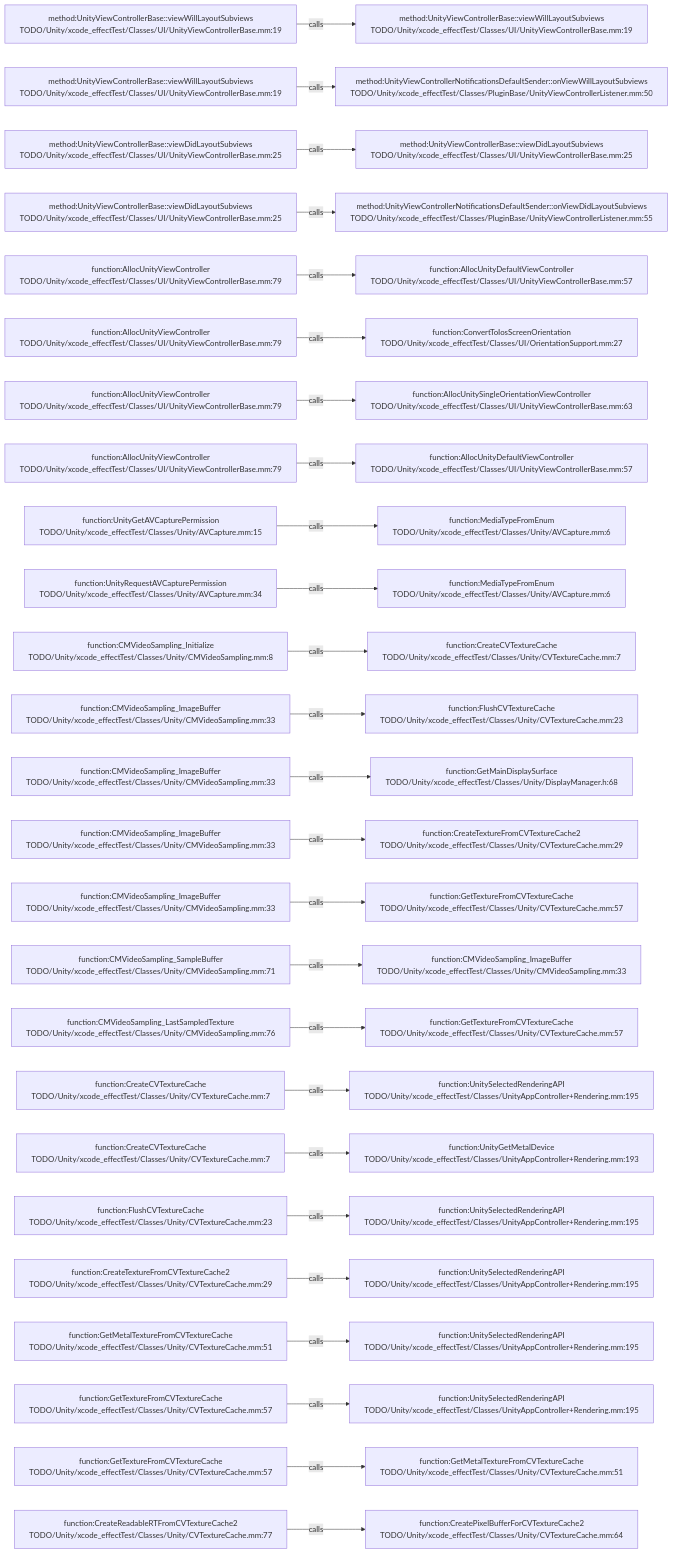
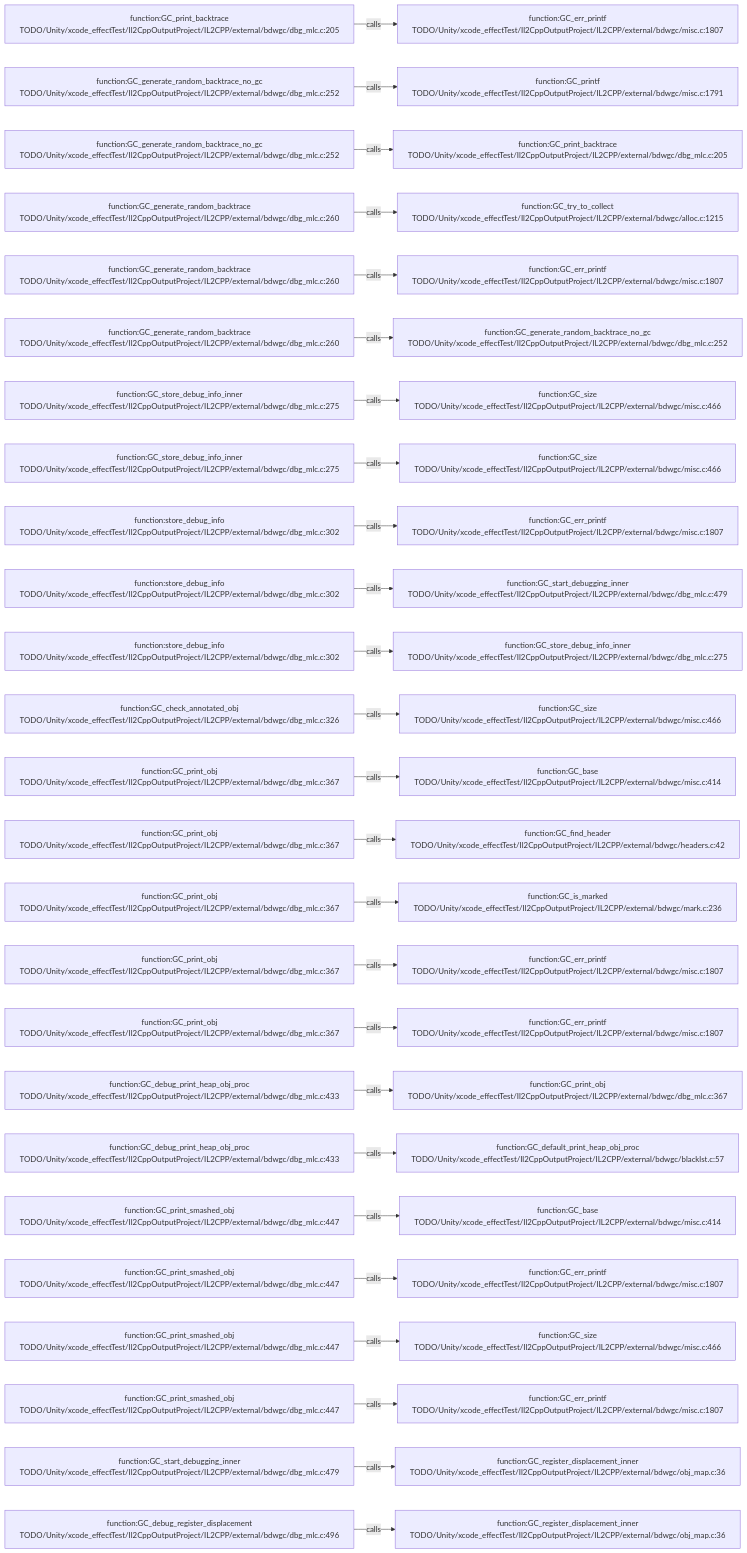
One commit to JobsKits/JobsSwiftBaseConfigDemo changed the diagram in .codegraph/codegraph.md/graphs/calls-099.md. Above: the diagram before and after it, drawn with Mermaid. The commit also changed 227 other files, not shown here.

````diff
--- a/.codegraph/codegraph.md/graphs/calls-099.md
+++ b/.codegraph/codegraph.md/graphs/calls-099.md
@@ -13,78 +13,78 @@
 ```mermaid
 flowchart LR
-  S1["method:UnityViewControllerBase::viewWillLayoutSubviews<br/>TODO/Unity/xcode_effectTest/Classes/UI/UnityViewControllerBase.mm:19"]
-  T1["method:UnityViewControllerBase::viewWillLayoutSubviews<br/>TODO/Unity/xcode_effectTest/Classes/UI/UnityViewControllerBase.mm:19"]
+  S1["function:GC_print_backtrace<br/>TODO/Unity/xcode_effectTest/Il2CppOutputProject/IL2CPP/external/bdwgc/dbg_mlc.c:205"]
+  T1["function:GC_err_printf<br/>TODO/Unity/xcode_effectTest/Il2CppOutputProject/IL2CPP/external/bdwgc/misc.c:1807"]
   S1 -->|calls| T1
-  S2["method:UnityViewControllerBase::viewWillLayoutSubviews<br/>TODO/Unity/xcode_effectTest/Classes/UI/UnityViewControllerBase.mm:19"]
-  T2["method:UnityViewControllerNotificationsDefaultSender::onViewWillLayoutSubviews<br/>TODO/Unity/xcode_effectTest/Classes/PluginBase/UnityViewControllerListener.mm:50"]
+  S2["function:GC_generate_random_backtrace_no_gc<br/>TODO/Unity/xcode_effectTest/Il2CppOutputProject/IL2CPP/external/bdwgc/dbg_mlc.c:252"]
+  T2["function:GC_printf<br/>TODO/Unity/xcode_effectTest/Il2CppOutputProject/IL2CPP/external/bdwgc/misc.c:1791"]
   S2 -->|calls| T2
-  S3["method:UnityViewControllerBase::viewDidLayoutSubviews<br/>TODO/Unity/xcode_effectTest/Classes/UI/UnityViewControllerBase.mm:25"]
-  T3["method:UnityViewControllerBase::viewDidLayoutSubviews<br/>TODO/Unity/xcode_effectTest/Classes/UI/UnityViewControllerBase.mm:25"]
+  S3["function:GC_generate_random_backtrace_no_gc<br/>TODO/Unity/xcode_effectTest/Il2CppOutputProject/IL2CPP/external/bdwgc/dbg_mlc.c:252"]
+  T3["function:GC_print_backtrace<br/>TODO/Unity/xcode_effectTest/Il2CppOutputProject/IL2CPP/external/bdwgc/dbg_mlc.c:205"]
   S3 -->|calls| T3
-  S4["method:UnityViewControllerBase::viewDidLayoutSubviews<br/>TODO/Unity/xcode_effectTest/Classes/UI/UnityViewControllerBase.mm:25"]
-  T4["method:UnityViewControllerNotificationsDefaultSender::onViewDidLayoutSubviews<br/>TODO/Unity/xcode_effectTest/Classes/PluginBase/UnityViewControllerListener.mm:55"]
+  S4["function:GC_generate_random_backtrace<br/>TODO/Unity/xcode_effectTest/Il2CppOutputProject/IL2CPP/external/bdwgc/dbg_mlc.c:260"]
+  T4["function:GC_try_to_collect<br/>TODO/Unity/xcode_effectTest/Il2CppOutputProject/IL2CPP/external/bdwgc/alloc.c:1215"]
   S4 -->|calls| T4
-  S5["function:AllocUnityViewController<br/>TODO/Unity/xcode_effectTest/Classes/UI/UnityViewControllerBase.mm:79"]
-  T5["function:AllocUnityDefaultViewController<br/>TODO/Unity/xcode_effectTest/Classes/UI/UnityViewControllerBase.mm:57"]
+  S5["function:GC_generate_random_backtrace<br/>TODO/Unity/xcode_effectTest/Il2CppOutputProject/IL2CPP/external/bdwgc/dbg_mlc.c:260"]
+  T5["function:GC_err_printf<br/>TODO/Unity/xcode_effectTest/Il2CppOutputProject/IL2CPP/external/bdwgc/misc.c:1807"]
   S5 -->|calls| T5
-  S6["function:AllocUnityViewController<br/>TODO/Unity/xcode_effectTest/Classes/UI/UnityViewControllerBase.mm:79"]
-  T6["function:ConvertToIosScreenOrientation<br/>TODO/Unity/xcode_effectTest/Classes/UI/OrientationSupport.mm:27"]
+  S6["function:GC_generate_random_backtrace<br/>TODO/Unity/xcode_effectTest/Il2CppOutputProject/IL2CPP/external/bdwgc/dbg_mlc.c:260"]
+  T6["function:GC_generate_random_backtrace_no_gc<br/>TODO/Unity/xcode_effectTest/Il2CppOutputProject/IL2CPP/external/bdwgc/dbg_mlc.c:252"]
   S6 -->|calls| T6
-  S7["function:AllocUnityViewController<br/>TODO/Unity/xcode_effectTest/Classes/UI/UnityViewControllerBase.mm:79"]
-  T7["function:AllocUnitySingleOrientationViewController<br/>TODO/Unity/xcode_effectTest/Classes/UI/UnityViewControllerBase.mm:63"]
+  S7["function:GC_store_debug_info_inner<br/>TODO/Unity/xcode_effectTest/Il2CppOutputProject/IL2CPP/external/bdwgc/dbg_mlc.c:275"]
+  T7["function:GC_size<br/>TODO/Unity/xcode_effectTest/Il2CppOutputProject/IL2CPP/external/bdwgc/misc.c:466"]
   S7 -->|calls| T7
-  S8["function:AllocUnityViewController<br/>TODO/Unity/xcode_effectTest/Classes/UI/UnityViewControllerBase.mm:79"]
-  T8["function:AllocUnityDefaultViewController<br/>TODO/Unity/xcode_effectTest/Classes/UI/UnityViewControllerBase.mm:57"]
+  S8["function:GC_store_debug_info_inner<br/>TODO/Unity/xcode_effectTest/Il2CppOutputProject/IL2CPP/external/bdwgc/dbg_mlc.c:275"]
+  T8["function:GC_size<br/>TODO/Unity/xcode_effectTest/Il2CppOutputProject/IL2CPP/external/bdwgc/misc.c:466"]
   S8 -->|calls| T8
-  S9["function:UnityGetAVCapturePermission<br/>TODO/Unity/xcode_effectTest/Classes/Unity/AVCapture.mm:15"]
-  T9["function:MediaTypeFromEnum<br/>TODO/Unity/xcode_effectTest/Classes/Unity/AVCapture.mm:6"]
+  S9["function:store_debug_info<br/>TODO/Unity/xcode_effectTest/Il2CppOutputProject/IL2CPP/external/bdwgc/dbg_mlc.c:302"]
+  T9["function:GC_err_printf<br/>TODO/Unity/xcode_effectTest/Il2CppOutputProject/IL2CPP/external/bdwgc/misc.c:1807"]
   S9 -->|calls| T9
-  S10["function:UnityRequestAVCapturePermission<br/>TODO/Unity/xcode_effectTest/Classes/Unity/AVCapture.mm:34"]
-  T10["function:MediaTypeFromEnum<br/>TODO/Unity/xcode_effectTest/Classes/Unity/AVCapture.mm:6"]
+  S10["function:store_debug_info<br/>TODO/Unity/xcode_effectTest/Il2CppOutputProject/IL2CPP/external/bdwgc/dbg_mlc.c:302"]
+  T10["function:GC_start_debugging_inner<br/>TODO/Unity/xcode_effectTest/Il2CppOutputProject/IL2CPP/external/bdwgc/dbg_mlc.c:479"]
   S10 -->|calls| T10
-  S11["function:CMVideoSampling_Initialize<br/>TODO/Unity/xcode_effectTest/Classes/Unity/CMVideoSampling.mm:8"]
-  T11["function:CreateCVTextureCache<br/>TODO/Unity/xcode_effectTest/Classes/Unity/CVTextureCache.mm:7"]
+  S11["function:store_debug_info<br/>TODO/Unity/xcode_effectTest/Il2CppOutputProject/IL2CPP/external/bdwgc/dbg_mlc.c:302"]
+  T11["function:GC_store_debug_info_inner<br/>TODO/Unity/xcode_effectTest/Il2CppOutputProject/IL2CPP/external/bdwgc/dbg_mlc.c:275"]
   S11 -->|calls| T11
-  S12["function:CMVideoSampling_ImageBuffer<br/>TODO/Unity/xcode_effectTest/Classes/Unity/CMVideoSampling.mm:33"]
-  T12["function:FlushCVTextureCache<br/>TODO/Unity/xcode_effectTest/Classes/Unity/CVTextureCache.mm:23"]
+  S12["function:GC_check_annotated_obj<br/>TODO/Unity/xcode_effectTest/Il2CppOutputProject/IL2CPP/external/bdwgc/dbg_mlc.c:326"]
+  T12["function:GC_size<br/>TODO/Unity/xcode_effectTest/Il2CppOutputProject/IL2CPP/external/bdwgc/misc.c:466"]
   S12 -->|calls| T12
-  S13["function:CMVideoSampling_ImageBuffer<br/>TODO/Unity/xcode_effectTest/Classes/Unity/CMVideoSampling.mm:33"]
-  T13["function:GetMainDisplaySurface<br/>TODO/Unity/xcode_effectTest/Classes/Unity/DisplayManager.h:68"]
+  S13["function:GC_print_obj<br/>TODO/Unity/xcode_effectTest/Il2CppOutputProject/IL2CPP/external/bdwgc/dbg_mlc.c:367"]
+  T13["function:GC_base<br/>TODO/Unity/xcode_effectTest/Il2CppOutputProject/IL2CPP/external/bdwgc/misc.c:414"]
   S13 -->|calls| T13
-  S14["function:CMVideoSampling_ImageBuffer<br/>TODO/Unity/xcode_effectTest/Classes/Unity/CMVideoSampling.mm:33"]
-  T14["function:CreateTextureFromCVTextureCache2<br/>TODO/Unity/xcode_effectTest/Classes/Unity/CVTextureCache.mm:29"]
+  S14["function:GC_print_obj<br/>TODO/Unity/xcode_effectTest/Il2CppOutputProject/IL2CPP/external/bdwgc/dbg_mlc.c:367"]
+  T14["function:GC_find_header<br/>TODO/Unity/xcode_effectTest/Il2CppOutputProject/IL2CPP/external/bdwgc/headers.c:42"]
   S14 -->|calls| T14
-  S15["function:CMVideoSampling_ImageBuffer<br/>TODO/Unity/xcode_effectTest/Classes/Unity/CMVideoSampling.mm:33"]
-  T15["function:GetTextureFromCVTextureCache<br/>TODO/Unity/xcode_effectTest/Classes/Unity/CVTextureCache.mm:57"]
+  S15["function:GC_print_obj<br/>TODO/Unity/xcode_effectTest/Il2CppOutputProject/IL2CPP/external/bdwgc/dbg_mlc.c:367"]
+  T15["function:GC_is_marked<br/>TODO/Unity/xcode_effectTest/Il2CppOutputProject/IL2CPP/external/bdwgc/mark.c:236"]
   S15 -->|calls| T15
-  S16["function:CMVideoSampling_SampleBuffer<br/>TODO/Unity/xcode_effectTest/Classes/Unity/CMVideoSampling.mm:71"]
-  T16["function:CMVideoSampling_ImageBuffer<br/>TODO/Unity/xcode_effectTest/Classes/Unity/CMVideoSampling.mm:33"]
+  S16["function:GC_print_obj<br/>TODO/Unity/xcode_effectTest/Il2CppOutputProject/IL2CPP/external/bdwgc/dbg_mlc.c:367"]
+  T16["function:GC_err_printf<br/>TODO/Unity/xcode_effectTest/Il2CppOutputProject/IL2CPP/external/bdwgc/misc.c:1807"]
   S16 -->|calls| T16
-  S17["function:CMVideoSampling_LastSampledTexture<br/>TODO/Unity/xcode_effectTest/Classes/Unity/CMVideoSampling.mm:76"]
-  T17["function:GetTextureFromCVTextureCache<br/>TODO/Unity/xcode_effectTest/Classes/Unity/CVTextureCache.mm:57"]
+  S17["function:GC_print_obj<br/>TODO/Unity/xcode_effectTest/Il2CppOutputProject/IL2CPP/external/bdwgc/dbg_mlc.c:367"]
+  T17["function:GC_err_printf<br/>TODO/Unity/xcode_effectTest/Il2CppOutputProject/IL2CPP/external/bdwgc/misc.c:1807"]
   S17 -->|calls| T17
-  S18["function:CreateCVTextureCache<br/>TODO/Unity/xcode_effectTest/Classes/Unity/CVTextureCache.mm:7"]
-  T18["function:UnitySelectedRenderingAPI<br/>TODO/Unity/xcode_effectTest/Classes/UnityAppController+Rendering.mm:195"]
+  S18["function:GC_debug_print_heap_obj_proc<br/>TODO/Unity/xcode_effectTest/Il2CppOutputProject/IL2CPP/external/bdwgc/dbg_mlc.c:433"]
+  T18["function:GC_print_obj<br/>TODO/Unity/xcode_effectTest/Il2CppOutputProject/IL2CPP/external/bdwgc/dbg_mlc.c:367"]
   S18 -->|calls| T18
-  S19["function:CreateCVTextureCache<br/>TODO/Unity/xcode_effectTest/Classes/Unity/CVTextureCache.mm:7"]
-  T19["function:UnityGetMetalDevice<br/>TODO/Unity/xcode_effectTest/Classes/UnityAppController+Rendering.mm:193"]
+  S19["function:GC_debug_print_heap_obj_proc<br/>TODO/Unity/xcode_effectTest/Il2CppOutputProject/IL2CPP/external/bdwgc/dbg_mlc.c:433"]
+  T19["function:GC_default_print_heap_obj_proc<br/>TODO/Unity/xcode_effectTest/Il2CppOutputProject/IL2CPP/external/bdwgc/blacklst.c:57"]
   S19 -->|calls| T19
-  S20["function:FlushCVTextureCache<br/>TODO/Unity/xcode_effectTest/Classes/Unity/CVTextureCache.mm:23"]
-  T20["function:UnitySelectedRenderingAPI<br/>TODO/Unity/xcode_effectTest/Classes/UnityAppController+Rendering.mm:195"]
+  S20["function:GC_print_smashed_obj<br/>TODO/Unity/xcode_effectTest/Il2CppOutputProject/IL2CPP/external/bdwgc/dbg_mlc.c:447"]
+  T20["function:GC_base<br/>TODO/Unity/xcode_effectTest/Il2CppOutputProject/IL2CPP/external/bdwgc/misc.c:414"]
   S20 -->|calls| T20
-  S21["function:CreateTextureFromCVTextureCache2<br/>TODO/Unity/xcode_effectTest/Classes/Unity/CVTextureCache.mm:29"]
-  T21["function:UnitySelectedRenderingAPI<br/>TODO/Unity/xcode_effectTest/Classes/UnityAppController+Rendering.mm:195"]
+  S21["function:GC_print_smashed_obj<br/>TODO/Unity/xcode_effectTest/Il2CppOutputProject/IL2CPP/external/bdwgc/dbg_mlc.c:447"]
+  T21["function:GC_err_printf<br/>TODO/Unity/xcode_effectTest/Il2CppOutputProject/IL2CPP/external/bdwgc/misc.c:1807"]
   S21 -->|calls| T21
-  S22["function:GetMetalTextureFromCVTextureCache<br/>TODO/Unity/xcode_effectTest/Classes/Unity/CVTextureCache.mm:51"]
-  T22["function:UnitySelectedRenderingAPI<br/>TODO/Unity/xcode_effectTest/Classes/UnityAppController+Rendering.mm:195"]
+  S22["function:GC_print_smashed_obj<br/>TODO/Unity/xcode_effectTest/Il2CppOutputProject/IL2CPP/external/bdwgc/dbg_mlc.c:447"]
+  T22["function:GC_size<br/>TODO/Unity/xcode_effectTest/Il2CppOutputProject/IL2CPP/external/bdwgc/misc.c:466"]
   S22 -->|calls| T22
-  S23["function:GetTextureFromCVTextureCache<br/>TODO/Unity/xcode_effectTest/Classes/Unity/CVTextureCache.mm:57"]
-  T23["function:UnitySelectedRenderingAPI<br/>TODO/Unity/xcode_effectTest/Classes/UnityAppController+Rendering.mm:195"]
+  S23["function:GC_print_smashed_obj<br/>TODO/Unity/xcode_effectTest/Il2CppOutputProject/IL2CPP/external/bdwgc/dbg_mlc.c:447"]
+  T23["function:GC_err_printf<br/>TODO/Unity/xcode_effectTest/Il2CppOutputProject/IL2CPP/external/bdwgc/misc.c:1807"]
   S23 -->|calls| T23
-  S24["function:GetTextureFromCVTextureCache<br/>TODO/Unity/xcode_effectTest/Classes/Unity/CVTextureCache.mm:57"]
-  T24["function:GetMetalTextureFromCVTextureCache<br/>TODO/Unity/xcode_effectTest/Classes/Unity/CVTextureCache.mm:51"]
+  S24["function:GC_start_debugging_inner<br/>TODO/Unity/xcode_effectTest/Il2CppOutputProject/IL2CPP/external/bdwgc/dbg_mlc.c:479"]
+  T24["function:GC_register_displacement_inner<br/>TODO/Unity/xcode_effectTest/Il2CppOutputProject/IL2CPP/external/bdwgc/obj_map.c:36"]
   S24 -->|calls| T24
-  S25["function:CreateReadableRTFromCVTextureCache2<br/>TODO/Unity/xcode_effectTest/Classes/Unity/CVTextureCache.mm:77"]
-  T25["function:CreatePixelBufferForCVTextureCache2<br/>TODO/Unity/xcode_effectTest/Classes/Unity/CVTextureCache.mm:64"]
+  S25["function:GC_debug_register_displacement<br/>TODO/Unity/xcode_effectTest/Il2CppOutputProject/IL2CPP/external/bdwgc/dbg_mlc.c:496"]
+  T25["function:GC_register_displacement_inner<br/>TODO/Unity/xcode_effectTest/Il2CppOutputProject/IL2CPP/external/bdwgc/obj_map.c:36"]
   S25 -->|calls| T25
 ```
````
